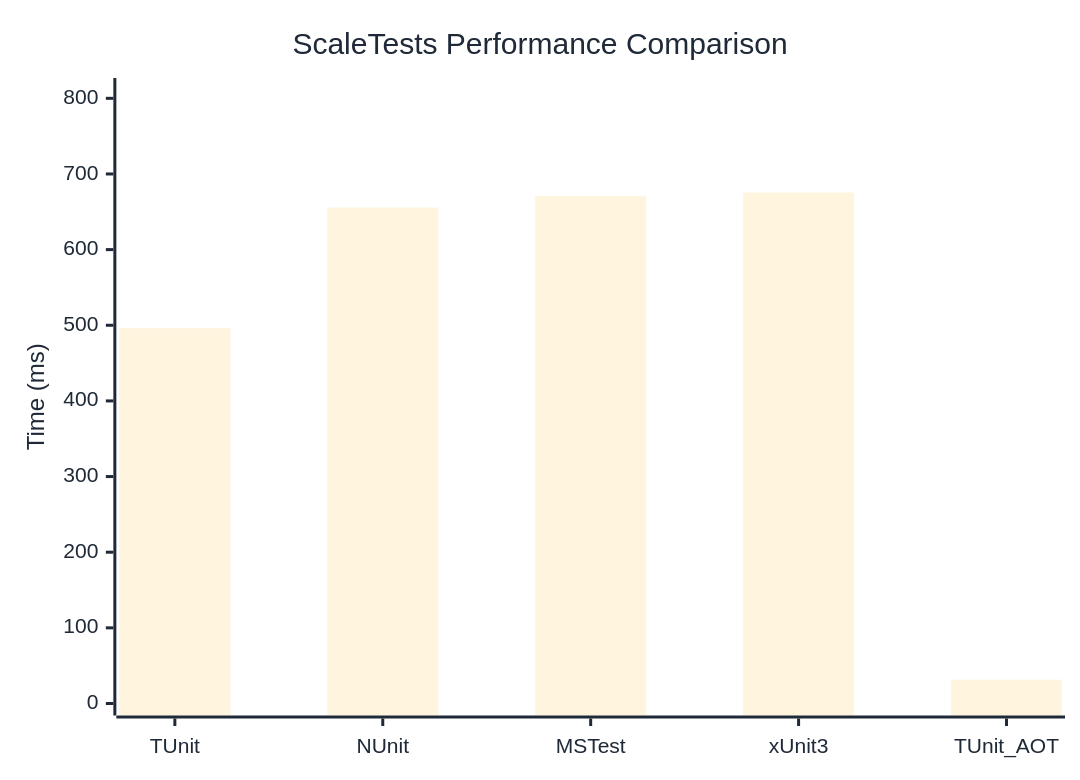
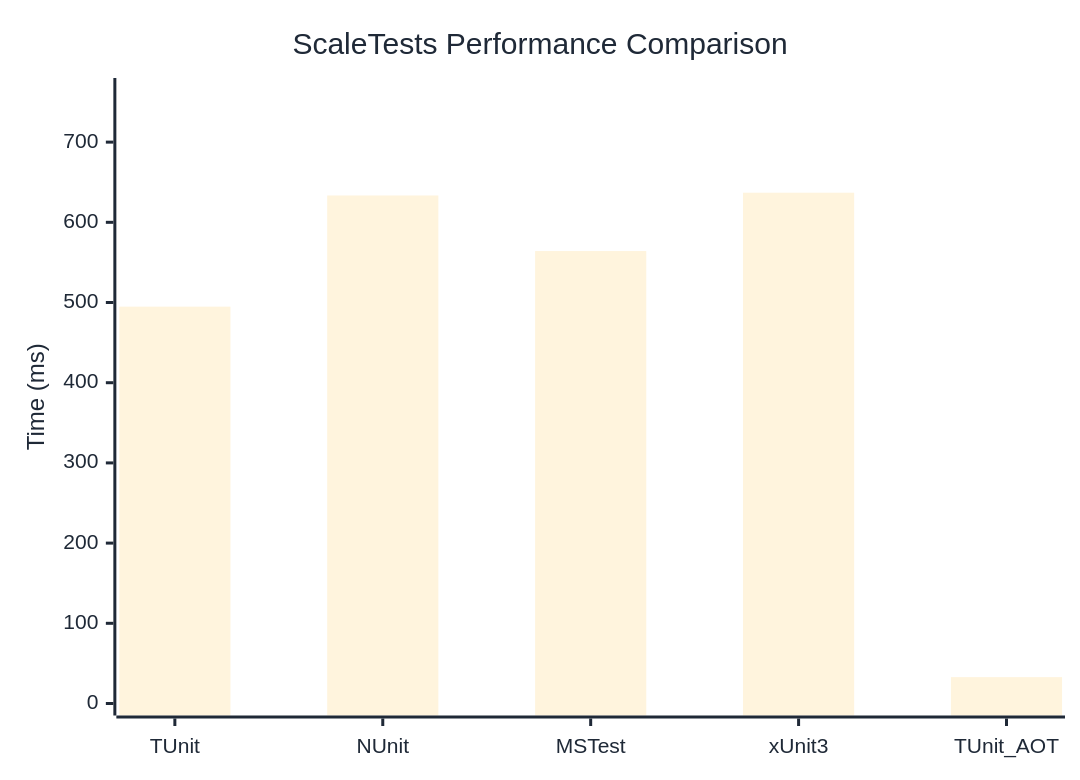
Before and after one commit to thomhurst/TUnit: the diagram in docs/docs/benchmarks/ScaleTests.md, drawn with Mermaid. The commit also changed other lines of this file and 17 other files, not shown here.

````diff
--- a/docs/docs/benchmarks/ScaleTests.md
+++ b/docs/docs/benchmarks/ScaleTests.md
@@ -27,37 +27,37 @@
 ```mermaid
 %%{init: {
   'theme':'base',
   'themeVariables': {
     'primaryColor': '#2563eb',
     'primaryTextColor': '#1f2937',
     'primaryBorderColor': '#1e40af',
     'lineColor': '#6b7280',
     'secondaryColor': '#7c3aed',
     'tertiaryColor': '#dc2626',
     'background': '#ffffff',
     'mainBkg': '#2563eb',
     'secondBkg': '#7c3aed',
     'tertiaryBkg': '#dc2626',
     'clusterBkg': '#f3f4f6',
     'edgeLabelBackground': '#ffffff',
     'tertiaryTextColor': '#1f2937',
     'pie1': '#2563eb',
     'pie2': '#7c3aed',
     'pie3': '#dc2626',
     'pie4': '#f59e0b',
     'pie5': '#10b981',
     'pie6': '#06b6d4',
     'pie7': '#ec4899',
     'pie8': '#6366f1',
     'pie9': '#84cc16',
     'pie10': '#f97316',
     'pie11': '#14b8a6',
     'pie12': '#a855f7'
   }
 }}%%
 xychart-beta
   title "ScaleTests Performance Comparison"
   x-axis ["TUnit", "NUnit", "MSTest", "xUnit3", "TUnit_AOT"]
-  y-axis "Time (ms)" 0 --> 811
-  bar [496.09, 655.59, 670.7, 675.44, 31.42]
+  y-axis "Time (ms)" 0 --> 765
+  bar [494.84, 633.47, 564.19, 636.95, 32.87]
 ```
````
